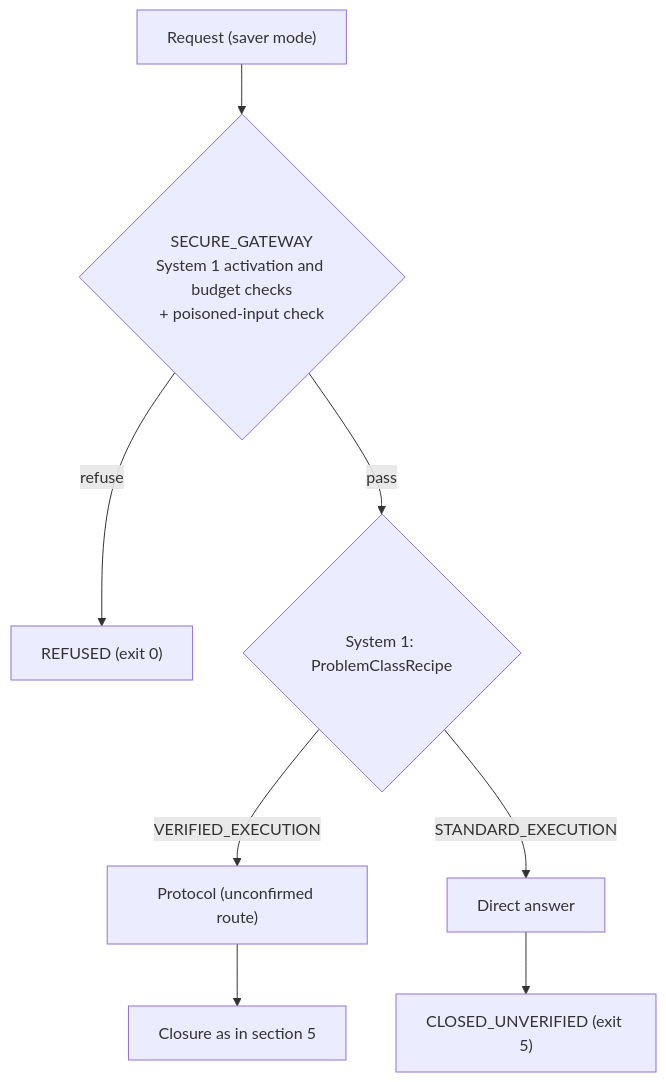
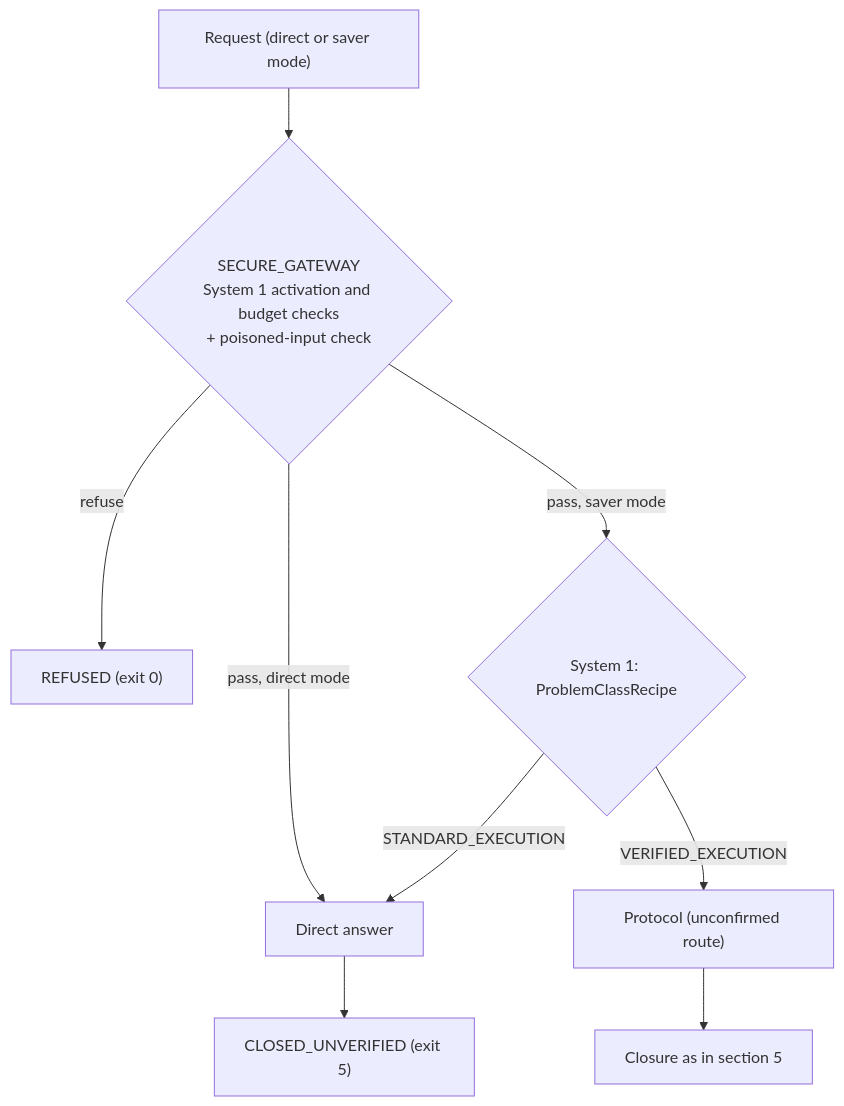
Before and after one commit to paragon-ux/PDLt-Test: the fourth of 4 diagrams in docs/routing.md, drawn with Mermaid. The commit also changed other lines of this file and 11 other files, not shown here.

First line of the commit message:
feat(routing): L153 SECURE_GATEWAY with direct and saver modes

````diff
--- a/docs/routing.md
+++ b/docs/routing.md
@@ -184,10 +190,11 @@
 ```mermaid
 flowchart TD
-    U["Request (saver mode)"] --> G{"SECURE_GATEWAY<br/>System 1 activation and budget checks<br/>+ poisoned-input check"}
+    U["Request (direct or saver mode)"] --> G{"SECURE_GATEWAY<br/>System 1 activation and budget checks<br/>+ poisoned-input check"}
     G -->|refuse| R["REFUSED (exit 0)"]
-    G -->|pass| K{"System 1: ProblemClassRecipe"}
+    G -->|"pass, direct mode"| D["Direct answer"]
+    G -->|"pass, saver mode"| K{"System 1: ProblemClassRecipe"}
     K -->|VERIFIED_EXECUTION| P["Protocol (unconfirmed route)"]
-    K -->|STANDARD_EXECUTION| D["Direct answer"]
+    K -->|STANDARD_EXECUTION| D
     P --> C0["Closure as in section 5"]
     D --> C5["CLOSED_UNVERIFIED (exit 5)"]
 ```
````
